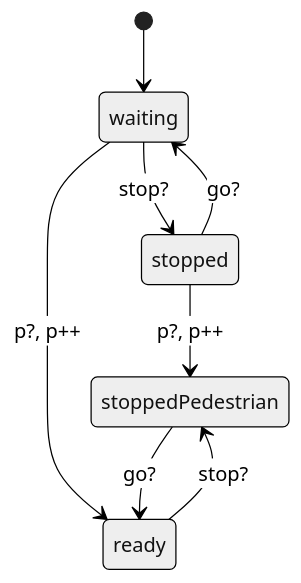
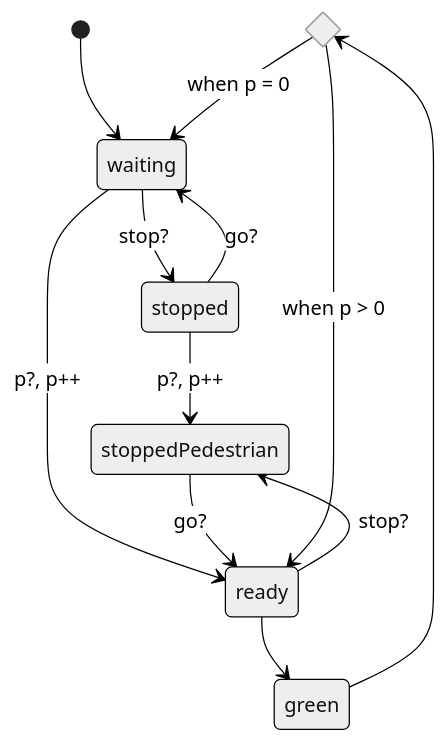
One commit to VinayakFia/Obsidian changed the second of 2 diagrams in COMP3153/System Model - Vinayak Fialok.md. Above: the diagram before and after it, drawn with Mermaid (neutral theme). The commit also changed other lines of this file, not shown here.

Commit message:
vault backup: 2024-09-20 11:32:46

````diff
--- a/COMP3153/System Model - Vinayak Fialok.md
+++ b/COMP3153/System Model - Vinayak Fialok.md
@@ -59,10 +60,16 @@
 ```mermaid
 stateDiagram-v2
+	state after_green <<choice>>
+
 	[*] --> waiting
 	waiting --> stopped : stop?
 	stopped --> stoppedPedestrian : p?, p++
 	stopped --> waiting : go?
 	waiting --> ready : p?, p++
 	stoppedPedestrian --> ready : go?
 	ready --> stoppedPedestrian : stop?
+	ready --> green
+	green --> after_green
+	after_green --> waiting : when p = 0
+	after_green --> ready : when p > 0
 ```
````
